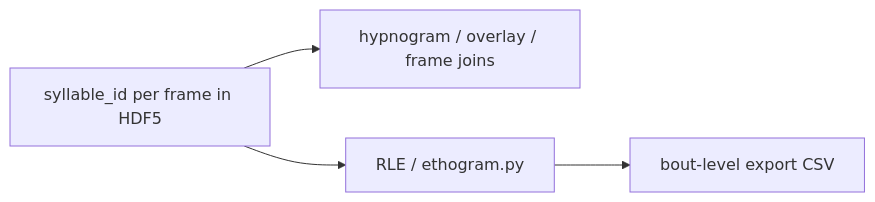
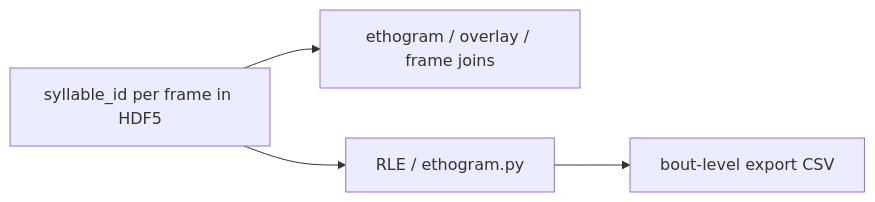
The first of 2 diagrams in docs/ethogram_scope.md (d0harv3y/OpenEthoMaze), drawn with Mermaid before and after one commit. The commit also changed other lines of this file and 17 other files, not shown here.

````diff
--- a/docs/ethogram_scope.md
+++ b/docs/ethogram_scope.md
@@ -42,7 +42,7 @@
 ```mermaid
 flowchart LR
   Z["syllable_id per frame in HDF5"]
-  Z --> H[hypnogram / overlay / frame joins]
+  Z --> H[ethogram / overlay / frame joins]
   Z --> RLE[RLE / ethogram.py]
   RLE --> CSV["bout-level export CSV"]
 ```
````
